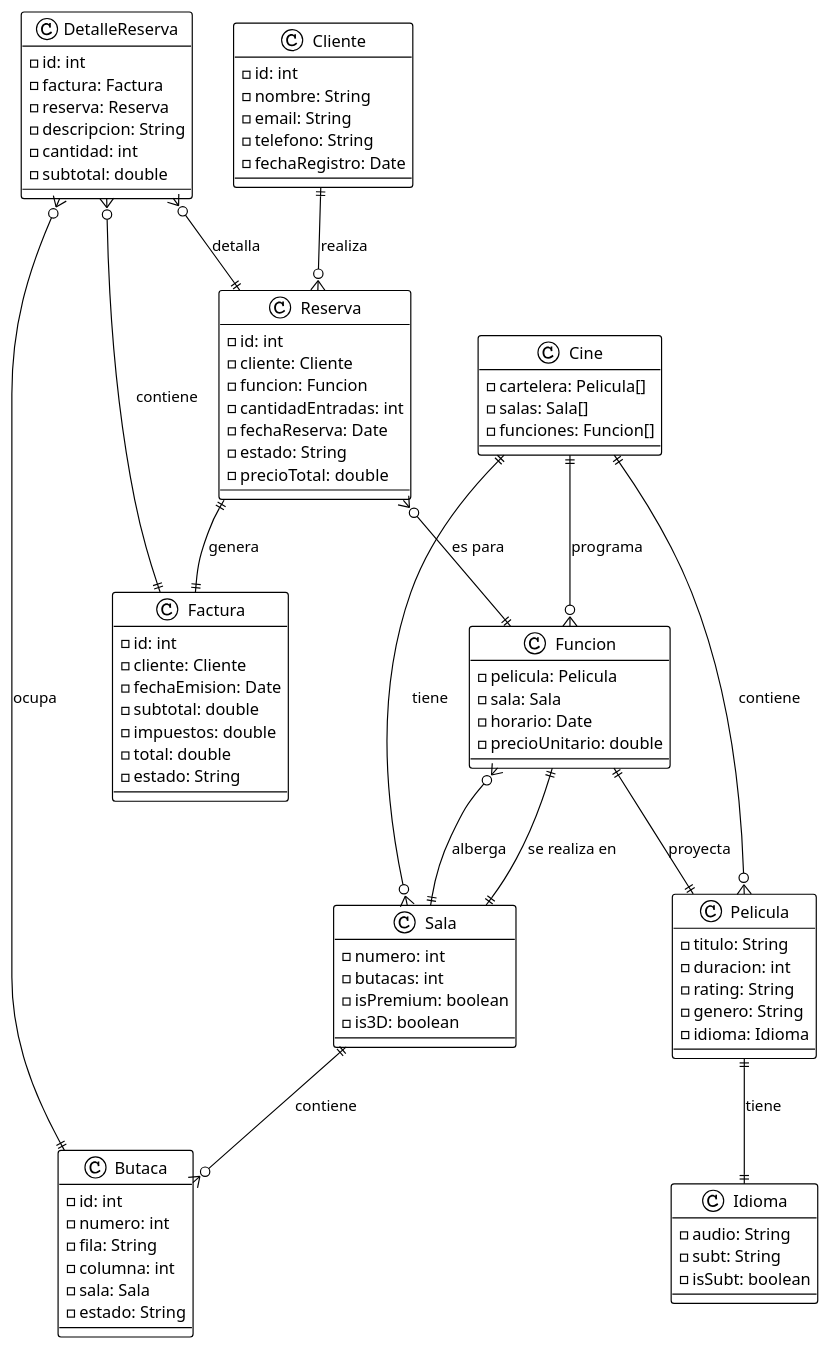
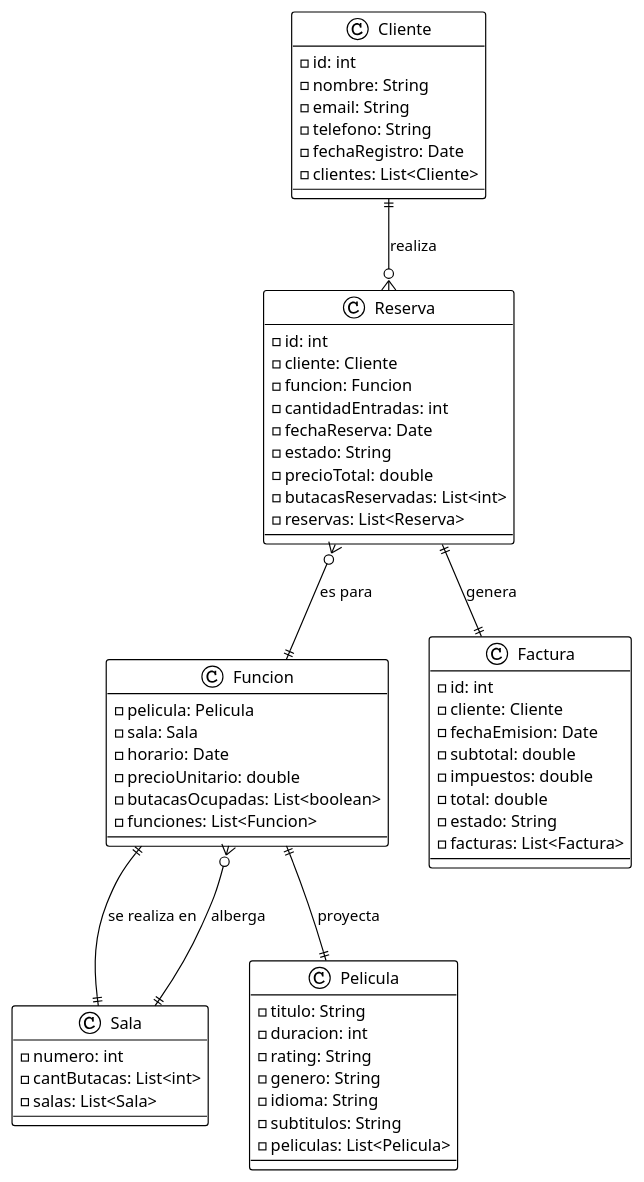
Before and after one commit to FacuDemarchi/POO: the diagram in docs/diagrams/code/cine.puml, drawn with PlantUML. The commit also changed 16 other files, not shown here.

```diff
--- a/docs/diagrams/code/cine.puml
+++ b/docs/diagrams/code/cine.puml
@@ -1,102 +1,74 @@
 @startuml Cine
 !theme plain
 
 class Pelicula {
     - titulo: String
     - duracion: int
     - rating: String
     - genero: String
-    - idioma: Idioma
+    - idioma: String
+    - subtitulos: String
+    - peliculas: List<Pelicula>
 }
 
-class Idioma {
-    - audio: String
-    - subt: String
-    - isSubt: boolean
-}
 
 class Sala {
     - numero: int
-    - butacas: int
-    - isPremium: boolean
-    - is3D: boolean
+    - cantButacas: List<int>
+    - salas: List<Sala>
 }
 
 class Funcion {
     - pelicula: Pelicula
     - sala: Sala
     - horario: Date
     - precioUnitario: double
-}
-
-class Cine {
-    - cartelera: Pelicula[]
-    - salas: Sala[]
-    - funciones: Funcion[]
+    - butacasOcupadas: List<boolean>
+    - funciones: List<Funcion>
 }
 
 class Cliente {
     - id: int
     - nombre: String
     - email: String
     - telefono: String
     - fechaRegistro: Date
+    - clientes: List<Cliente>
 }
 
 class Reserva {
     - id: int
     - cliente: Cliente
     - funcion: Funcion
     - cantidadEntradas: int
     - fechaReserva: Date
     - estado: String
     - precioTotal: double
+    - butacasReservadas: List<int>
+    - reservas: List<Reserva>
 }
 
 class Factura {
     - id: int
     - cliente: Cliente
     - fechaEmision: Date
     - subtotal: double
     - impuestos: double
     - total: double
     - estado: String
+    - facturas: List<Factura>
 }
 
-class DetalleReserva {
-    - id: int
-    - factura: Factura
-    - reserva: Reserva
-    - descripcion: String
-    - cantidad: int
-    - subtotal: double
-}
 
-class Butaca {
-    - id: int
-    - numero: int
-    - fila: String
-    - columna: int
-    - sala: Sala
-    - estado: String
-}
 
 ' Relaciones originales
-Pelicula ||--|| Idioma : "tiene"
 Funcion ||--|| Pelicula : "proyecta"
 Funcion ||--|| Sala : "se realiza en"
-Cine ||--o{ Pelicula : "contiene"
-Cine ||--o{ Sala : "tiene"
-Cine ||--o{ Funcion : "programa"
 
 ' Relaciones nuevas
-Sala ||--o{ Butaca : "contiene"
 Sala ||--o{ Funcion : "alberga"
 Cliente ||--o{ Reserva : "realiza"
 Reserva }o--|| Funcion : "es para"
 Reserva ||--|| Factura : "genera"
-Factura ||--o{ DetalleReserva : "contiene"
-DetalleReserva }o--|| Reserva : "detalla"
-DetalleReserva }o--|| Butaca : "ocupa"
 
 @enduml
```
